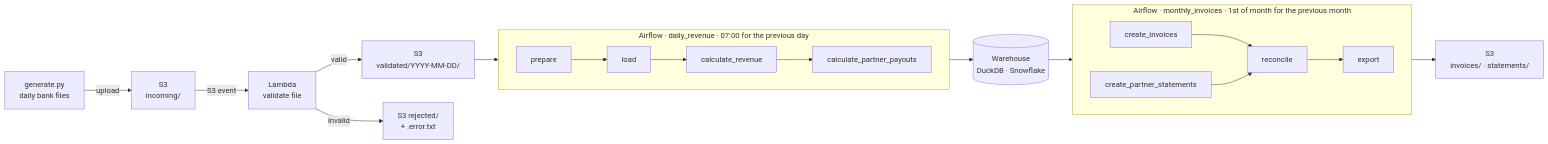
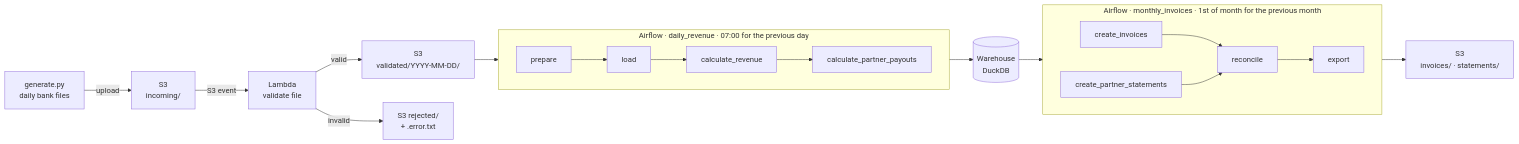
The diagram in README.md (shamakkkkkk/bank-billing-pipeline), drawn with Mermaid before and after one commit. The commit also changed other lines of this file and 5 other files, not shown here.

````diff
--- a/README.md
+++ b/README.md
@@ -31,31 +31,31 @@
 ```mermaid
 flowchart LR
     G["generate.py<br/>daily bank files"]
     IN["S3<br/>incoming/"]
     L["Lambda<br/>validate file"]
     V["S3<br/>validated/YYYY-MM-DD/"]
     R["S3 rejected/<br/>+ .error.txt"]
-    W[("Warehouse<br/>DuckDB · Snowflake")]
+    W[("Warehouse<br/>DuckDB")]
     OUT["S3<br/>invoices/ · statements/"]
 
     subgraph D["Airflow · daily_revenue · 07:00 for the previous day"]
         direction LR
         d0[prepare] --> d1[load] --> d2[calculate_revenue] --> d3[calculate_partner_payouts]
     end
 
     subgraph M["Airflow · monthly_invoices · 1st of month for the previous month"]
         direction LR
         m1[create_invoices] --> m3[reconcile]
         m2[create_partner_statements] --> m3
         m3 --> m4[export]
     end
 
     G -->|upload| IN
     IN -->|S3 event| L
     L -->|valid| V
     L -->|invalid| R
     V --> D
     D --> W
     W --> M
     M --> OUT
 ```
````
